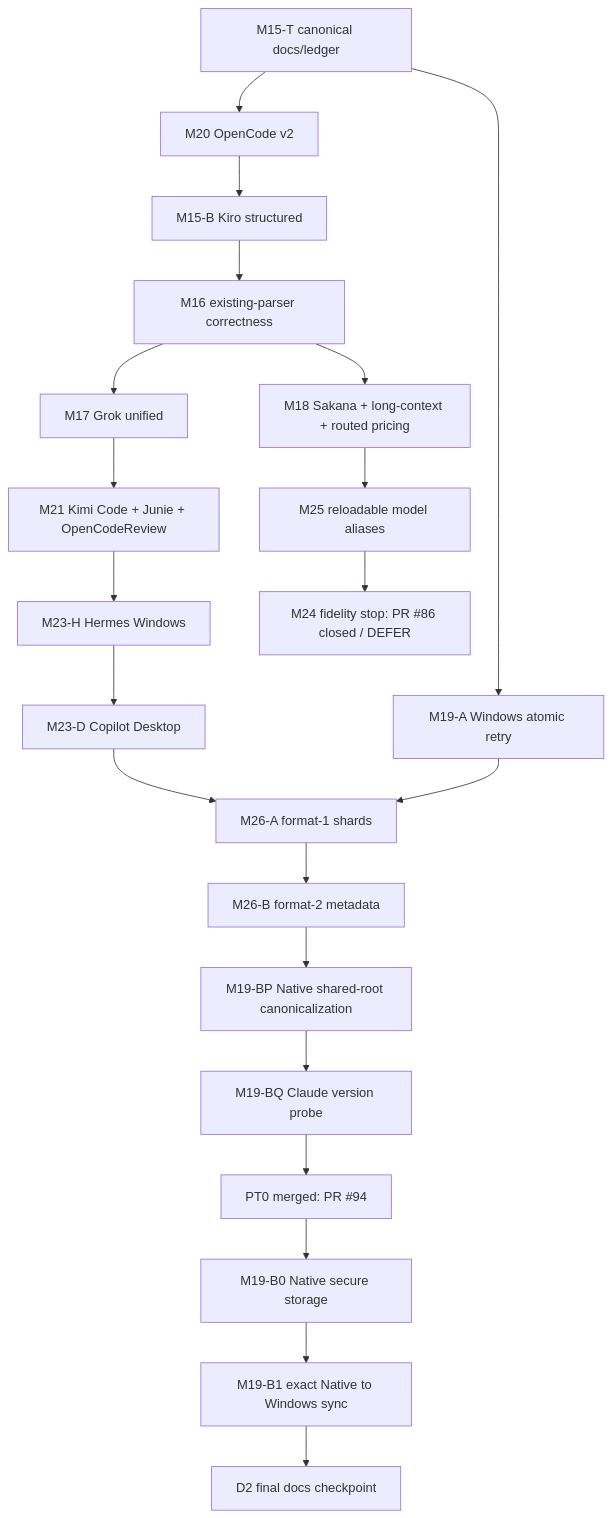
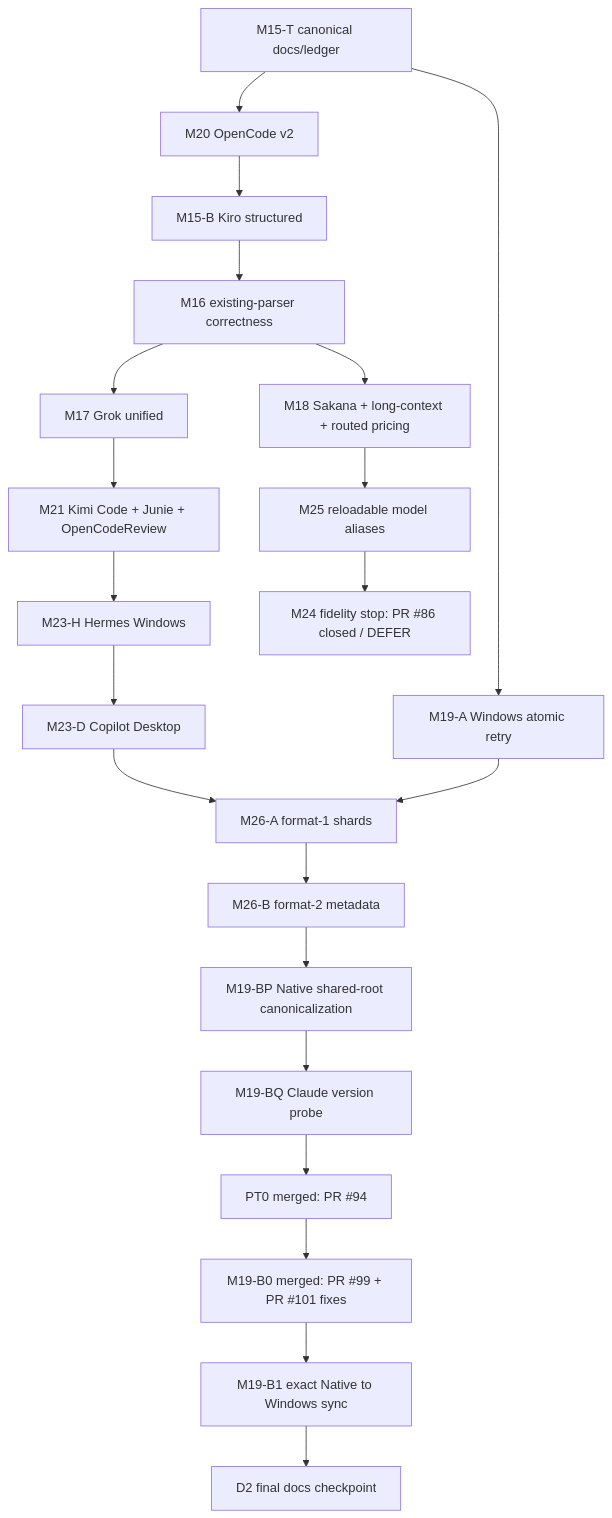
The first of 2 diagrams in docs/knowledge/plans/tokscale-alignment.md (Agugu-official/TokenBar), drawn with Mermaid before and after one commit. The commit also changed other lines of this file, not shown here.

````diff
--- a/docs/knowledge/plans/tokscale-alignment.md
+++ b/docs/knowledge/plans/tokscale-alignment.md
@@ -79,27 +79,27 @@
 ```mermaid
 flowchart TD
     T[M15-T canonical docs/ledger] --> O[M20 OpenCode v2]
     O --> K[M15-B Kiro structured]
     K --> C[M16 existing-parser correctness]
 
     C --> G[M17 Grok unified]
     G --> N1[M21 Kimi Code + Junie + OpenCodeReview]
     N1 --> H[M23-H Hermes Windows]
     H --> D[M23-D Copilot Desktop]
 
     C --> P[M18 Sakana + long-context + routed pricing]
     P --> A[M25 reloadable model aliases]
     A --> W[M24 fidelity stop: PR #86 closed / DEFER]
 
     T --> F[M19-A Windows atomic retry]
 
     D --> SA[M26-A format-1 shards]
     F --> SA
     SA --> SB[M26-B format-2 metadata]
     SB --> BP[M19-BP Native shared-root canonicalization]
     BP --> BQ[M19-BQ Claude version probe]
     BQ --> PT0[PT0 merged: PR #94]
-    PT0 --> W0[M19-B0 Native secure storage]
+    PT0 --> W0[M19-B0 merged: PR #99 + PR #101 fixes]
     W0 --> W1[M19-B1 exact Native to Windows sync]
     W1 --> D2[D2 final docs checkpoint]
 ```
````
